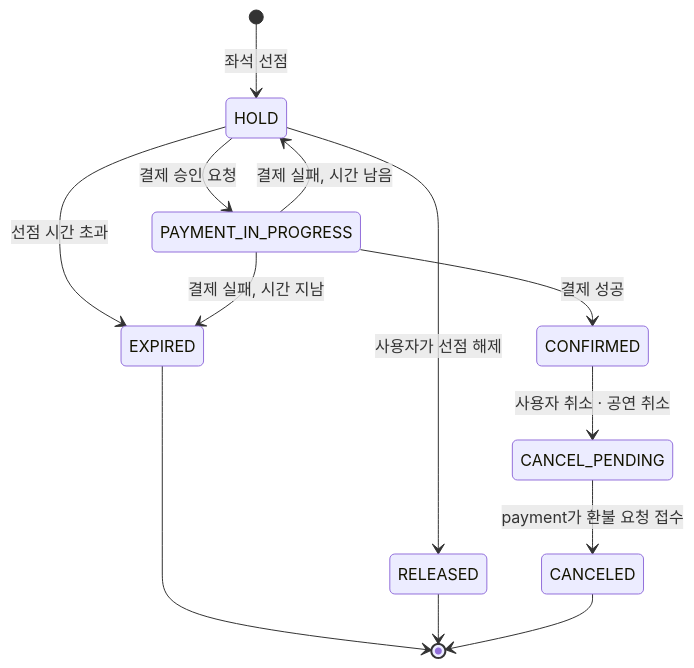
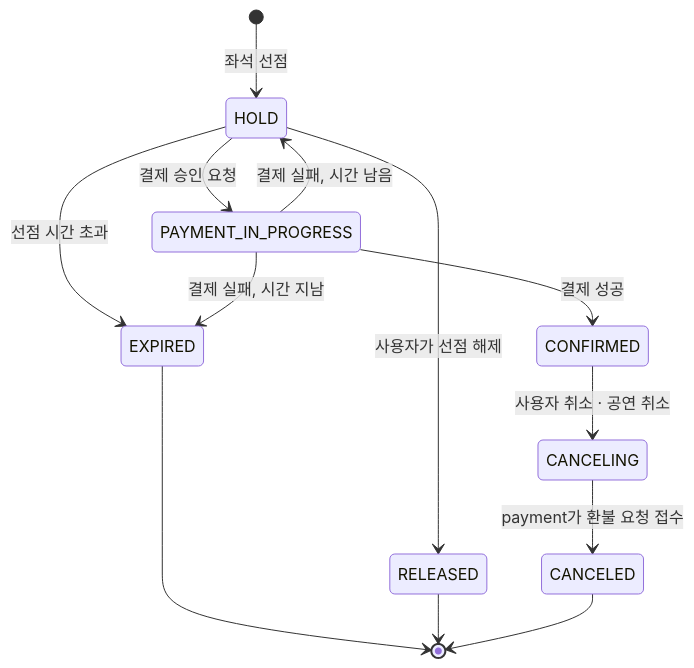
Before and after one commit to Good-Ticket-Service/ticket: the third of 3 diagrams in docs/project/architecture.md, drawn with Mermaid. The commit also changed other lines of this file and 3 other files, not shown here.

````diff
--- a/docs/project/architecture.md
+++ b/docs/project/architecture.md
@@ -173,15 +173,15 @@
 ```mermaid
 stateDiagram-v2
     [*] --> HOLD: 좌석 선점
     HOLD --> PAYMENT_IN_PROGRESS: 결제 승인 요청
     HOLD --> EXPIRED: 선점 시간 초과
     HOLD --> RELEASED: 사용자가 선점 해제
     PAYMENT_IN_PROGRESS --> CONFIRMED: 결제 성공
     PAYMENT_IN_PROGRESS --> HOLD: 결제 실패, 시간 남음
     PAYMENT_IN_PROGRESS --> EXPIRED: 결제 실패, 시간 지남
-    CONFIRMED --> CANCEL_PENDING: 사용자 취소 · 공연 취소
-    CANCEL_PENDING --> CANCELED: payment가 환불 요청 접수
+    CONFIRMED --> CANCELING: 사용자 취소 · 공연 취소
+    CANCELING --> CANCELED: payment가 환불 요청 접수
     EXPIRED --> [*]
     RELEASED --> [*]
     CANCELED --> [*]
 ```
````
